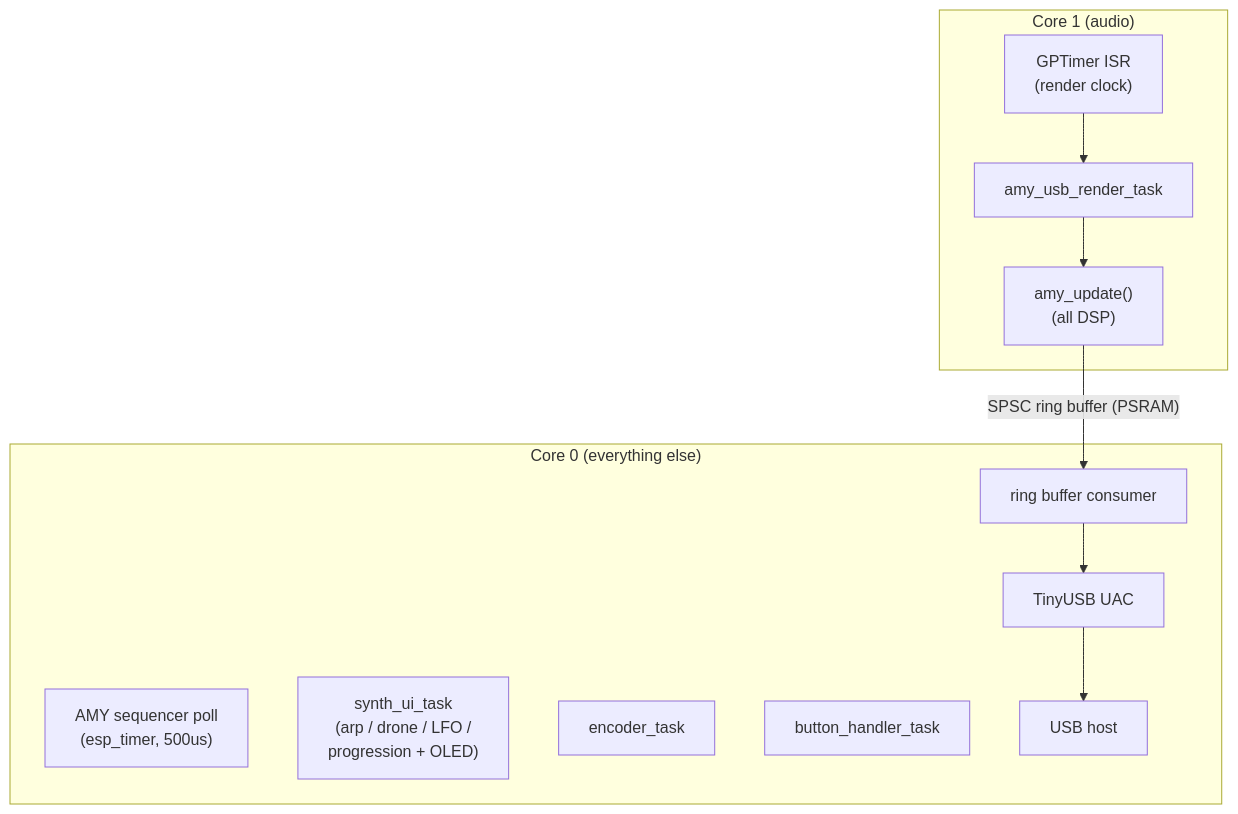
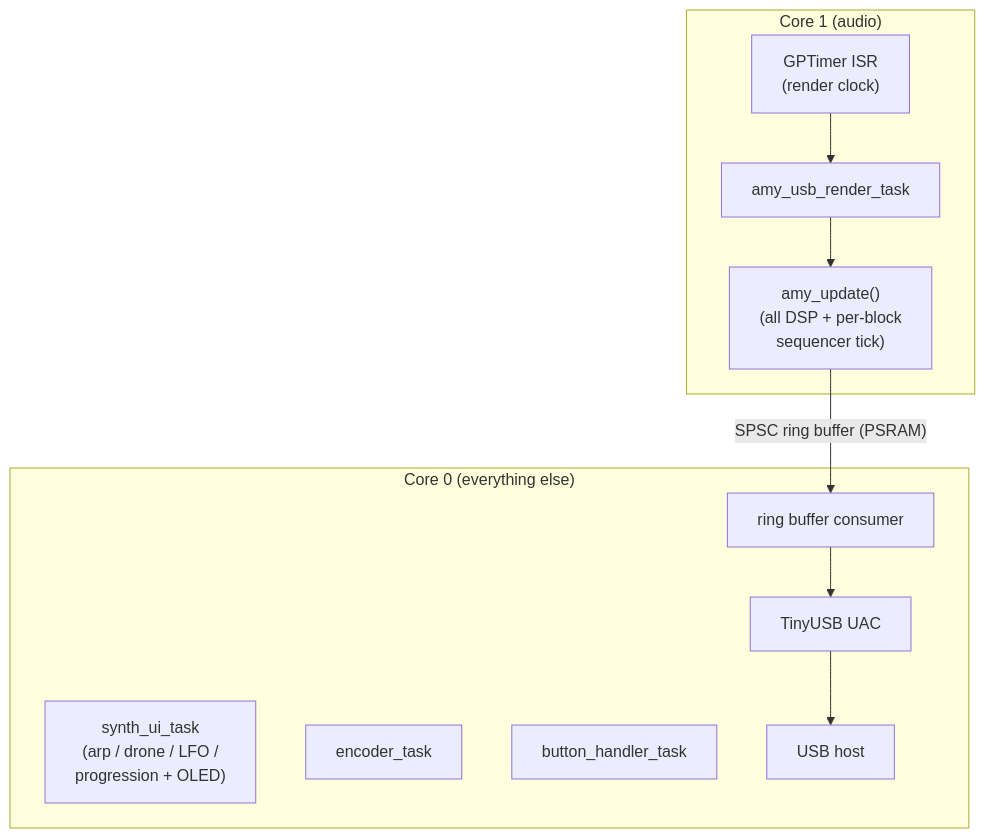
The first of 2 diagrams in README.md (cxandy/S3-Amysynth), drawn with Mermaid before and after one commit. The commit also changed other lines of this file and 5 other files, not shown here.

````diff
--- a/README.md
+++ b/README.md
@@ -106,22 +108,21 @@
 ```mermaid
 flowchart TD
     subgraph Core1["Core 1 (audio)"]
         Timer["GPTimer ISR<br/>(render clock)"]
         Render["amy_usb_render_task"]
-        Update["amy_update()<br/>(all DSP)"]
+        Update["amy_update()<br/>(all DSP + per-block<br/>sequencer tick)"]
         Timer --> Render --> Update
     end
 
     subgraph Core0["Core 0 (everything else)"]
-        SeqPoll["AMY sequencer poll<br/>(esp_timer, 500us)"]
         UITask["synth_ui_task<br/>(arp / drone / LFO /<br/>progression + OLED)"]
         Encoder["encoder_task"]
         Buttons["button_handler_task"]
         Consumer["ring buffer consumer"]
         UAC["TinyUSB UAC"]
         Host["USB host"]
         Consumer --> UAC --> Host
     end
 
     Update -- "SPSC ring buffer (PSRAM)" --> Consumer
 ```
````
